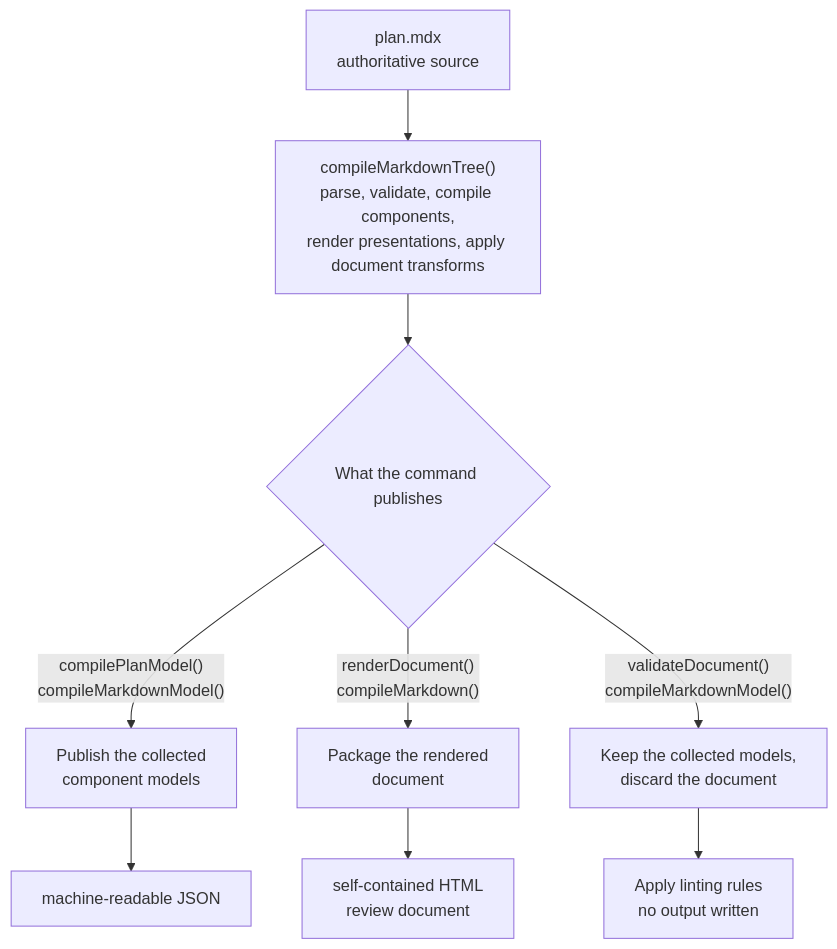
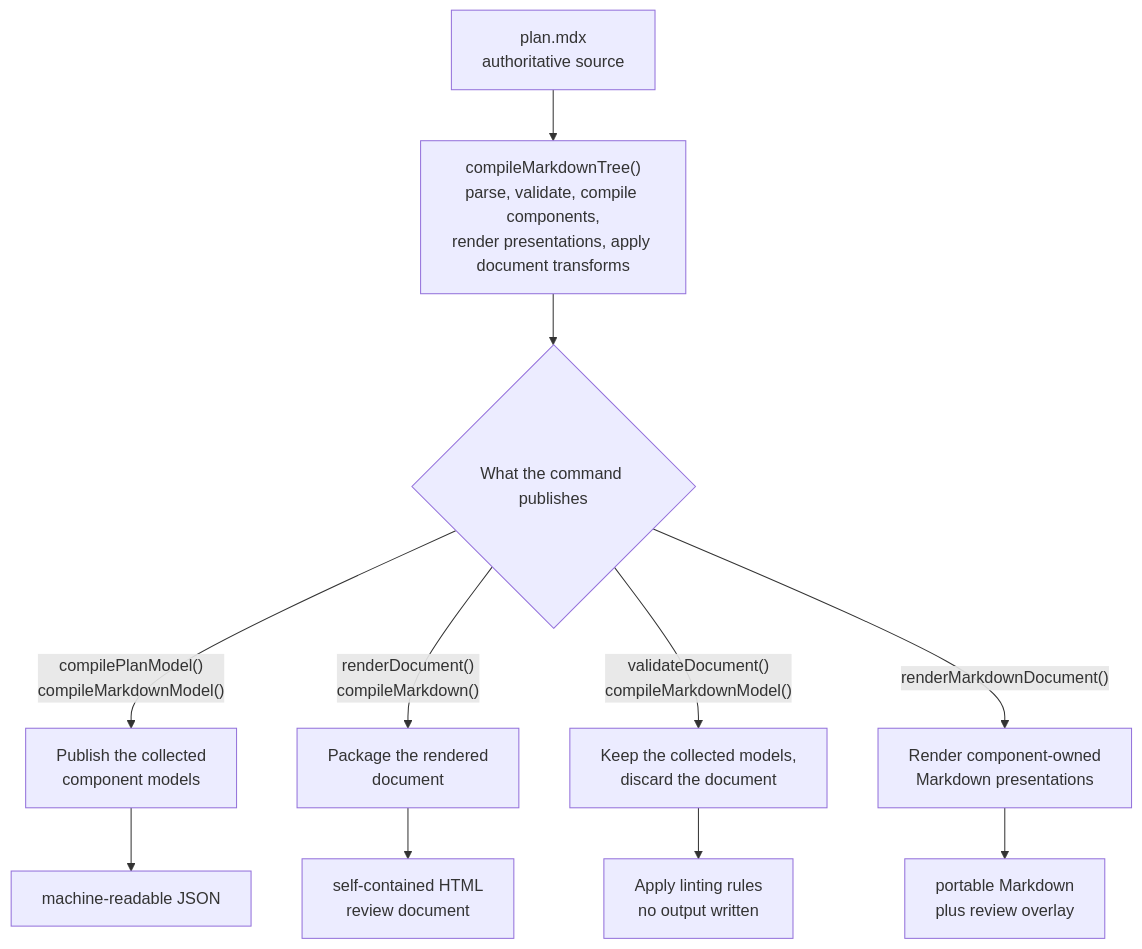
The first of 2 diagrams in docs/src/content/docs/architecture.md (josh-padnick/big-plan), drawn with Mermaid before and after one commit. The commit also changed other lines of this file and 76 other files, not shown here.

First line of the commit message:
feat(review): export live plans as Markdown (#204)

````diff
--- a/docs/src/content/docs/architecture.md
+++ b/docs/src/content/docs/architecture.md
@@ -25,12 +26,14 @@
 ```mermaid
 flowchart TB
   A["plan.mdx<br/>authoritative source"]
   A --> F["compileMarkdownTree()<br/>parse, validate, compile components,<br/>render presentations, apply document transforms"]
   F --> Q{"What the command publishes"}
   Q -- "compilePlanModel()<br/>compileMarkdownModel()" --> G["Publish the collected<br/>component models"]
   Q -- "renderDocument()<br/>compileMarkdown()" --> H["Package the rendered<br/>document"]
   Q -- "validateDocument()<br/>compileMarkdownModel()" --> M["Keep the collected models,<br/>discard the document"]
+  Q -- "renderMarkdownDocument()" --> X["Render component-owned<br/>Markdown presentations"]
   G --> I["machine-readable JSON"]
   H --> J["self-contained HTML<br/>review document"]
   M --> N["Apply linting rules<br/>no output written"]
+  X --> Y["portable Markdown<br/>plus review overlay"]
 ```
````
